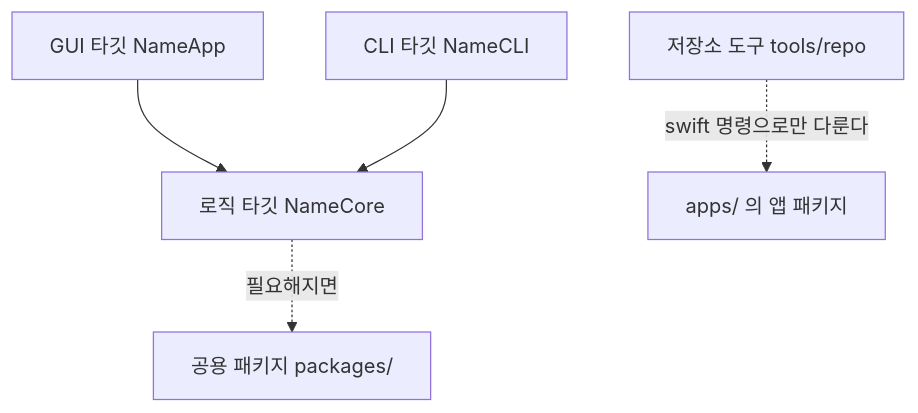
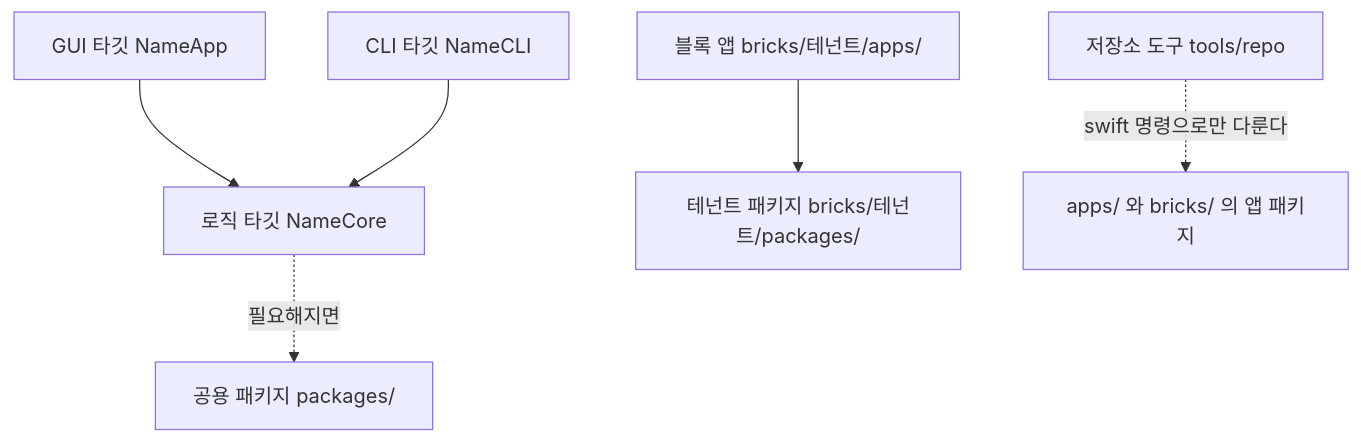
The diagram in ARCHITECTURE.md (gujoai/gujo-apps-mono-template), drawn with Mermaid before and after one commit. The commit also changed other lines of this file and 5 other files, not shown here.

````diff
--- a/ARCHITECTURE.md
+++ b/ARCHITECTURE.md
@@ -41,7 +45,8 @@
 ```mermaid
 flowchart TB
   App["GUI 타깃 NameApp"] --> Core["로직 타깃 NameCore"]
   CLI["CLI 타깃 NameCLI"] --> Core
   Core -.->|필요해지면| Pkg["공용 패키지 packages/"]
-  Tool["저장소 도구 tools/repo"] -.->|swift 명령으로만 다룬다| Apps["apps/ 의 앱 패키지"]
+  Brick["블록 앱 bricks/테넌트/apps/"] --> BrickPkg["테넌트 패키지 bricks/테넌트/packages/"]
+  Tool["저장소 도구 tools/repo"] -.->|swift 명령으로만 다룬다| Apps["apps/ 와 bricks/ 의 앱 패키지"]
 ```
````
